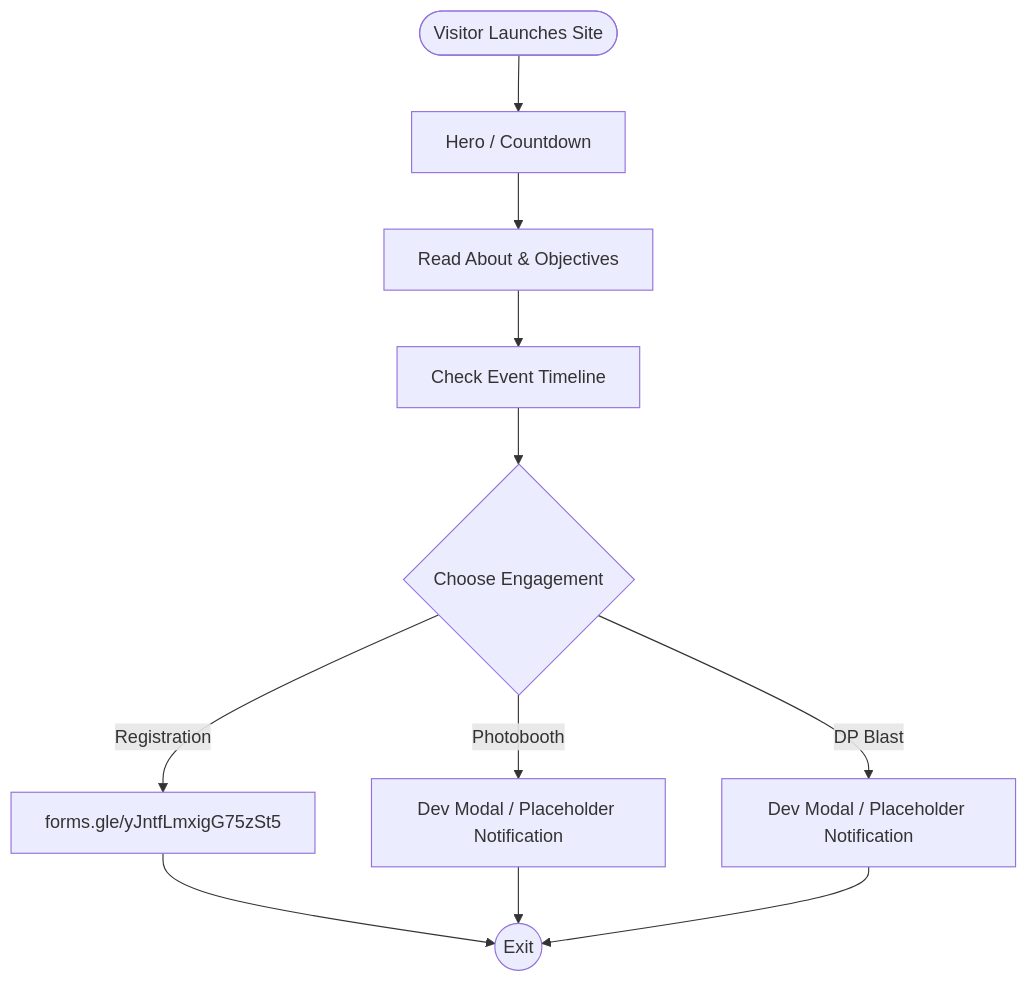
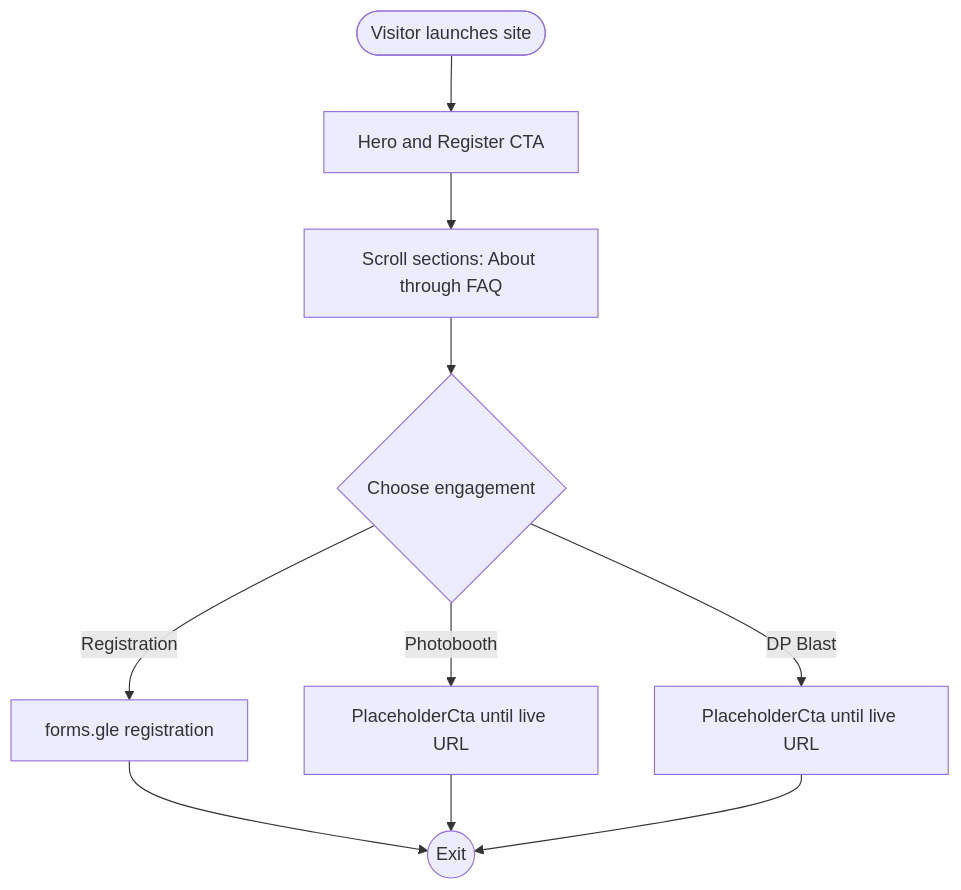
Before and after one commit to GDG-PUP-Manila/sparkfest-2026: the diagram in docs/prd-sparkfest.md, drawn with Mermaid. The commit also changed other lines of this file and 13 other files, not shown here.

````diff
--- a/docs/prd-sparkfest.md
+++ b/docs/prd-sparkfest.md
@@ -78,13 +87,12 @@
 ```mermaid
 flowchart TD
-    User([Visitor Launches Site]) --> Hero[Hero / Countdown]
-    Hero --> About[Read About & Objectives]
-    About --> Timeline[Check Event Timeline]
-    Timeline --> CTAs{Choose Engagement}
-    CTAs -->|Registration| GoogleForm[forms.gle/yJntfLmxigG75zSt5]
-    CTAs -->|Photobooth| PhotoPrompt[Dev Modal / Placeholder Notification]
-    CTAs -->|DP Blast| DpPrompt[Dev Modal / Placeholder Notification]
+    User([Visitor launches site]) --> Hero[Hero and Register CTA]
+    Hero --> Explore[Scroll sections: About through FAQ]
+    Explore --> CTAs{Choose engagement}
+    CTAs -->|Registration| GoogleForm[forms.gle registration]
+    CTAs -->|Photobooth| PhotoPrompt[PlaceholderCta until live URL]
+    CTAs -->|DP Blast| DpPrompt[PlaceholderCta until live URL]
     GoogleForm --> Exit((Exit))
     PhotoPrompt --> Exit
     DpPrompt --> Exit
 ```
````
